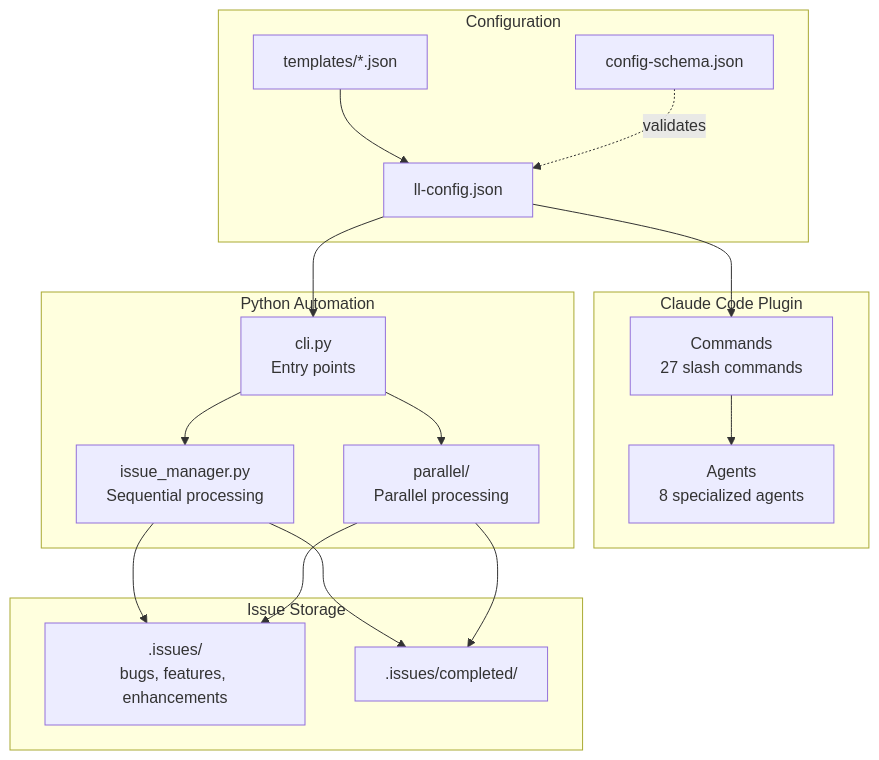
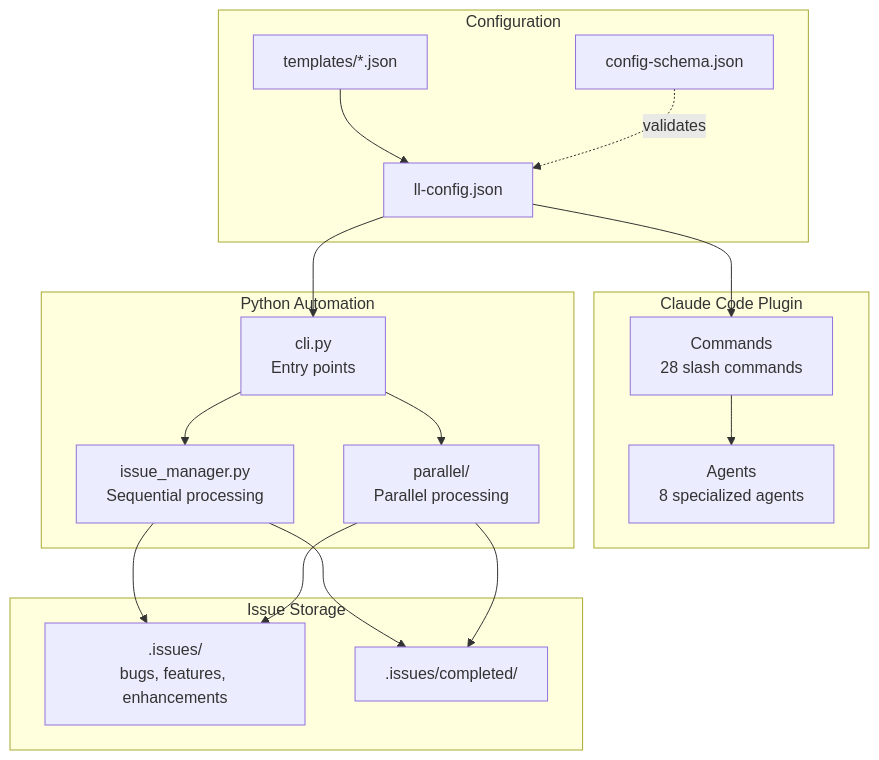
One commit to BrennonTWilliams/little-loops changed the first of 13 diagrams in docs/ARCHITECTURE.md. Above: the diagram before and after it, drawn with Mermaid. The commit also changed 3 other files, not shown here.

````diff
--- a/docs/ARCHITECTURE.md
+++ b/docs/ARCHITECTURE.md
@@ -21,36 +21,36 @@
 ```mermaid
 flowchart TB
     subgraph "Claude Code Plugin"
-        CMD[Commands<br/>27 slash commands]
+        CMD[Commands<br/>28 slash commands]
         AGT[Agents<br/>8 specialized agents]
     end
 
     subgraph "Configuration"
         CFG[ll-config.json]
         SCHEMA[config-schema.json]
         TPL[templates/*.json]
     end
 
     subgraph "Python Automation"
         CLI[cli.py<br/>Entry points]
         AUTO[issue_manager.py<br/>Sequential processing]
         PARALLEL[parallel/<br/>Parallel processing]
     end
 
     subgraph "Issue Storage"
         ISSUES[.issues/<br/>bugs, features, enhancements]
         COMPLETED[.issues/completed/]
     end
 
     CFG --> CMD
     TPL --> CFG
     SCHEMA -.->|validates| CFG
     CFG --> CLI
     CMD --> AGT
     CLI --> AUTO
     CLI --> PARALLEL
     AUTO --> ISSUES
     PARALLEL --> ISSUES
     AUTO --> COMPLETED
     PARALLEL --> COMPLETED
 ```
````
